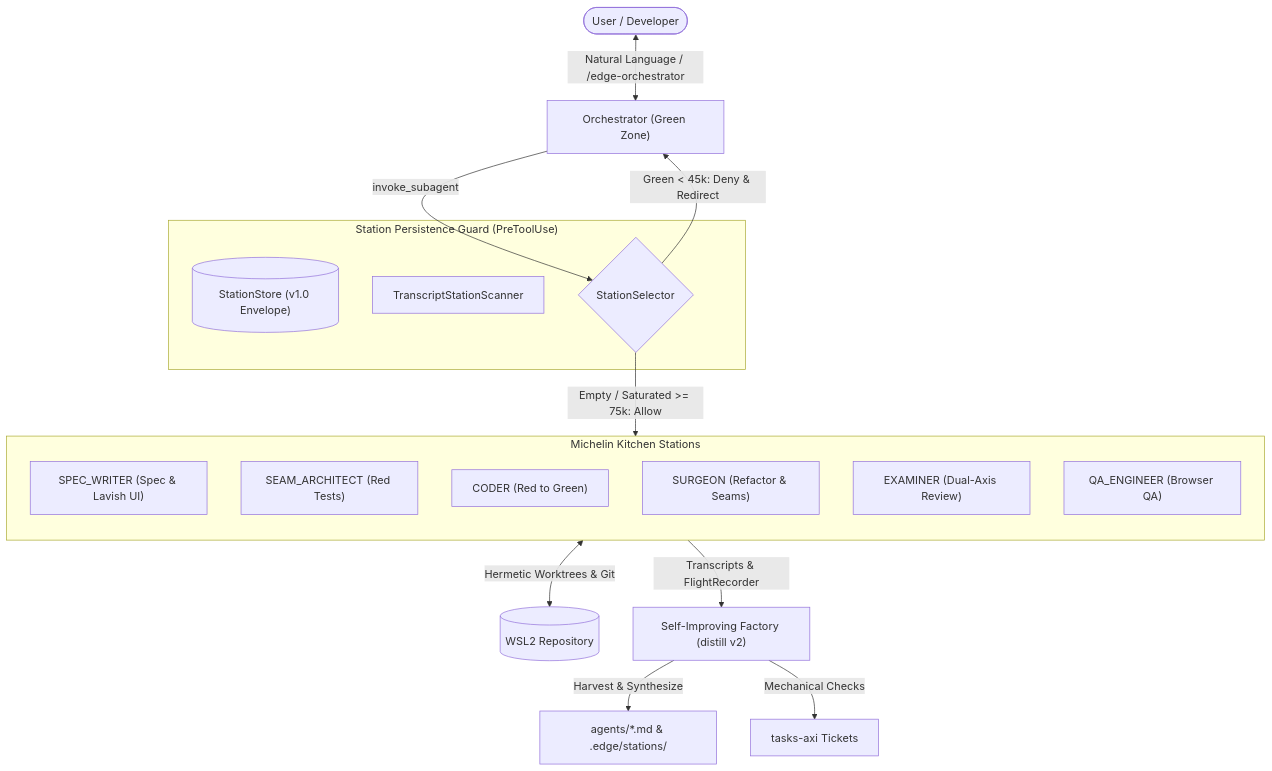
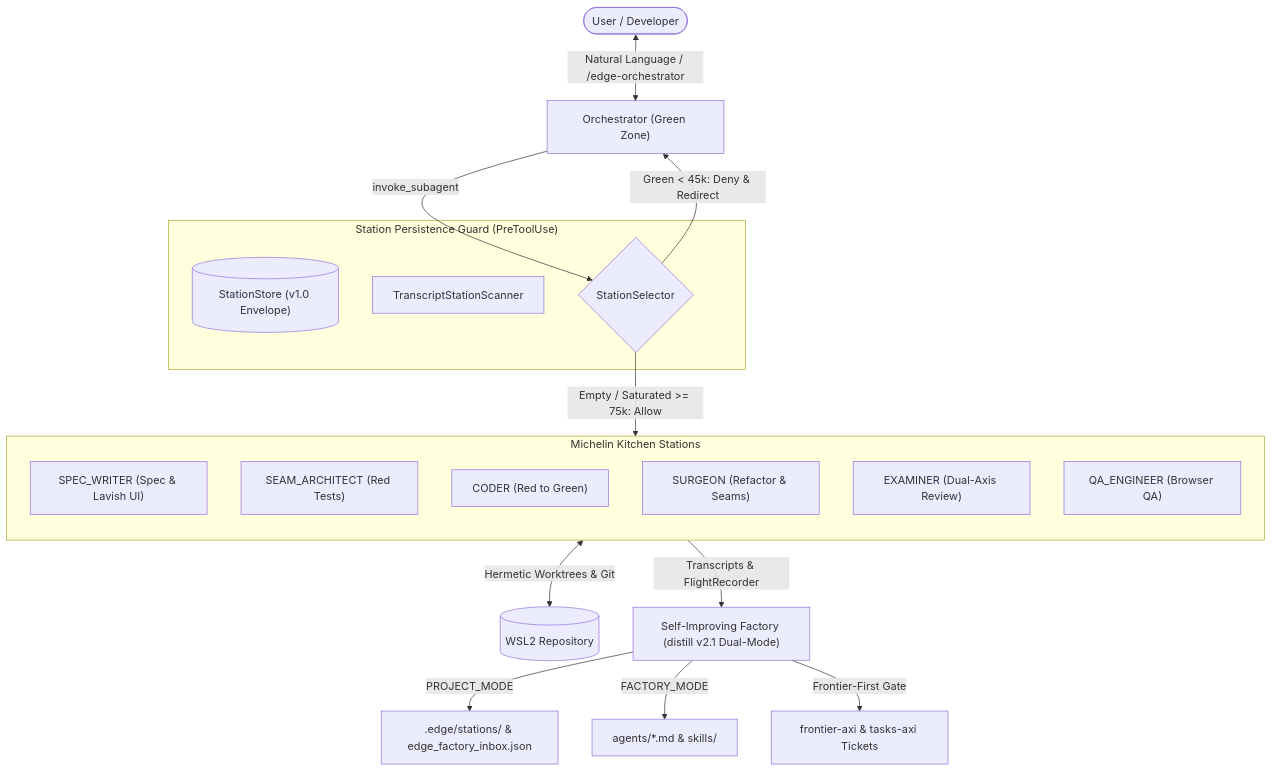
The diagram in ARCHITECTURE.md (oguzalp7/edge), drawn with Mermaid before and after one commit. The commit also changed 6 other files, not shown here.

Commit message:
feat(distill): add context-aware dual mode, antigravity signal fix, and factory inbox

````diff
--- a/ARCHITECTURE.md
+++ b/ARCHITECTURE.md
@@ -218,29 +218,30 @@
 ```mermaid
 flowchart TD
     User([User / Developer]) <-->|Natural Language / /edge-orchestrator| Orch["Orchestrator (Green Zone)"]
     
     subgraph AntigraveyardGuard ["Station Persistence Guard (PreToolUse)"]
         Store[("StationStore (v1.0 Envelope)")]
         Scanner["TranscriptStationScanner"]
         Selector{"StationSelector"}
     end
 
     Orch -->|invoke_subagent| Selector
     Selector -->|Green < 45k: Deny & Redirect| Orch
     Selector -->|Empty / Saturated >= 75k: Allow| Kitchen
 
     subgraph Kitchen ["Michelin Kitchen Stations"]
         direction TB
         SpecWriter["SPEC_WRITER (Spec & Lavish UI)"]
         SeamArch["SEAM_ARCHITECT (Red Tests)"]
         Coder["CODER (Red to Green)"]
         Surgeon["SURGEON (Refactor & Seams)"]
         Examiner["EXAMINER (Dual-Axis Review)"]
         QA["QA_ENGINEER (Browser QA)"]
     end
 
     Kitchen <-->|Hermetic Worktrees & Git| Repo[("WSL2 Repository")]
-    Kitchen -->|Transcripts & FlightRecorder| Distill["Self-Improving Factory (distill v2)"]
-    Distill -->|Harvest & Synthesize| Rubrics["agents/*.md & .edge/stations/"]
-    Distill -->|Mechanical Checks| Tasks["tasks-axi Tickets"]
+    Kitchen -->|Transcripts & FlightRecorder| Distill["Self-Improving Factory (distill v2.1 Dual-Mode)"]
+    Distill -->|PROJECT_MODE| LocalRubrics[".edge/stations/ & edge_factory_inbox.json"]
+    Distill -->|FACTORY_MODE| PluginRubrics["agents/*.md & skills/"]
+    Distill -->|Frontier-First Gate| Tasks["frontier-axi & tasks-axi Tickets"]
 ```
````
